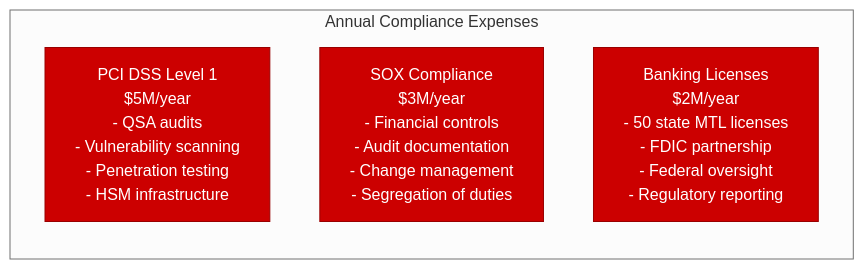
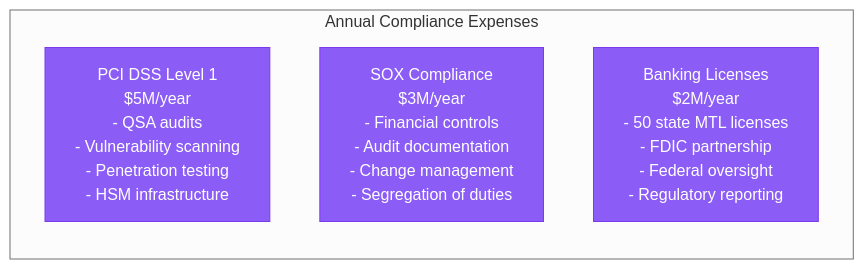
Before and after one commit to deepaucksharma/DS: the fourth of 10 diagrams in site/docs/systems/square/06-cost-breakdown.md, drawn with Mermaid (neutral theme). The commit also changed other lines of this file and 187 other files, not shown here.

````diff
--- a/site/docs/systems/square/06-cost-breakdown.md
+++ b/site/docs/systems/square/06-cost-breakdown.md
@@ -106,13 +106,13 @@
 ```mermaid
 graph LR
     subgraph ComplianceCosts[Annual Compliance Expenses]
         PCI[PCI DSS Level 1<br/>$5M/year<br/>- QSA audits<br/>- Vulnerability scanning<br/>- Penetration testing<br/>- HSM infrastructure]
 
         SOX[SOX Compliance<br/>$3M/year<br/>- Financial controls<br/>- Audit documentation<br/>- Change management<br/>- Segregation of duties]
 
         BANKING[Banking Licenses<br/>$2M/year<br/>- 50 state MTL licenses<br/>- FDIC partnership<br/>- Federal oversight<br/>- Regulatory reporting]
     end
 
-    classDef complianceStyle fill:#CC0000,stroke:#990000,color:#fff
+    classDef complianceStyle fill:#8B5CF6,stroke:#7C3AED,color:#fff
     class PCI,SOX,BANKING complianceStyle
 ```
````
